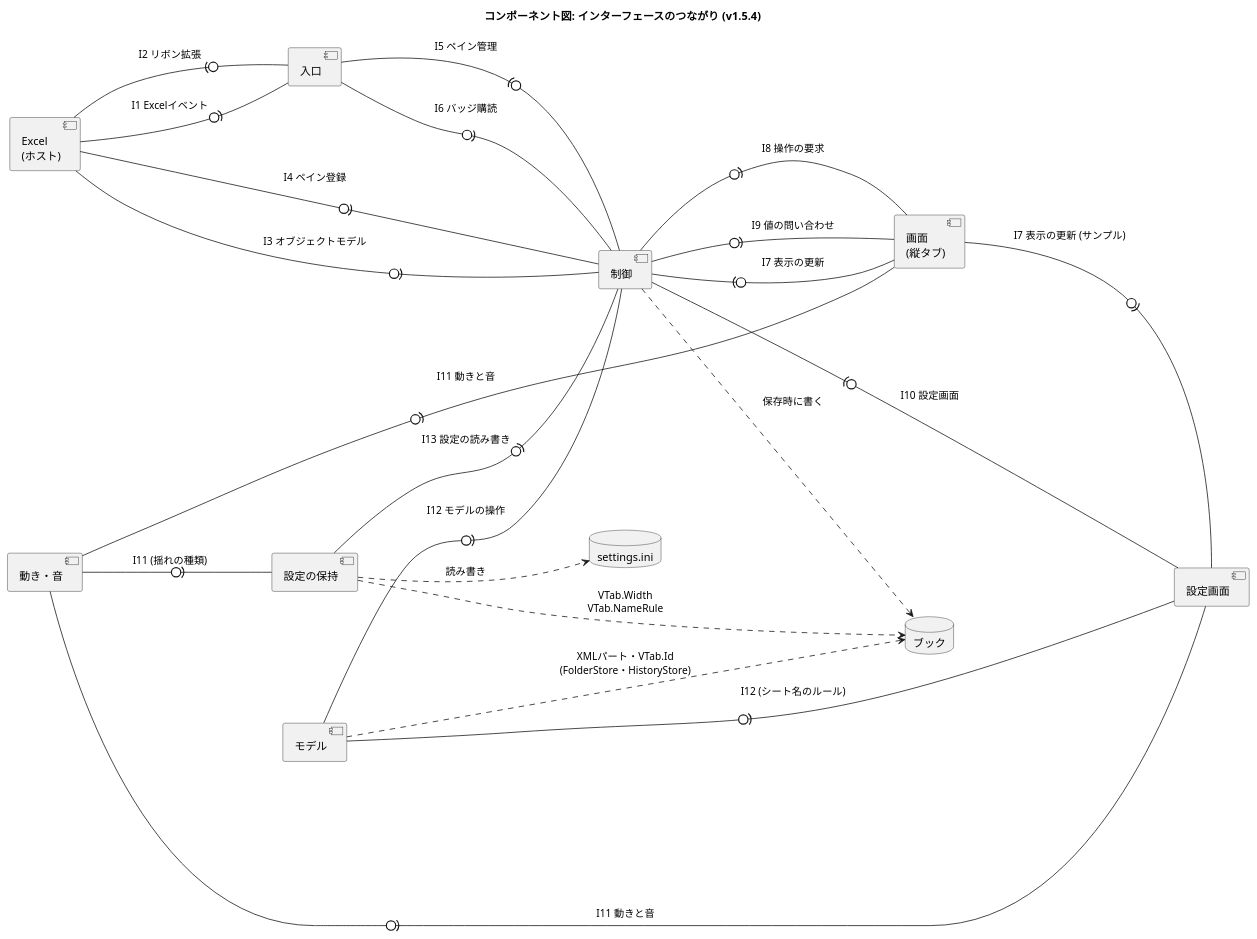
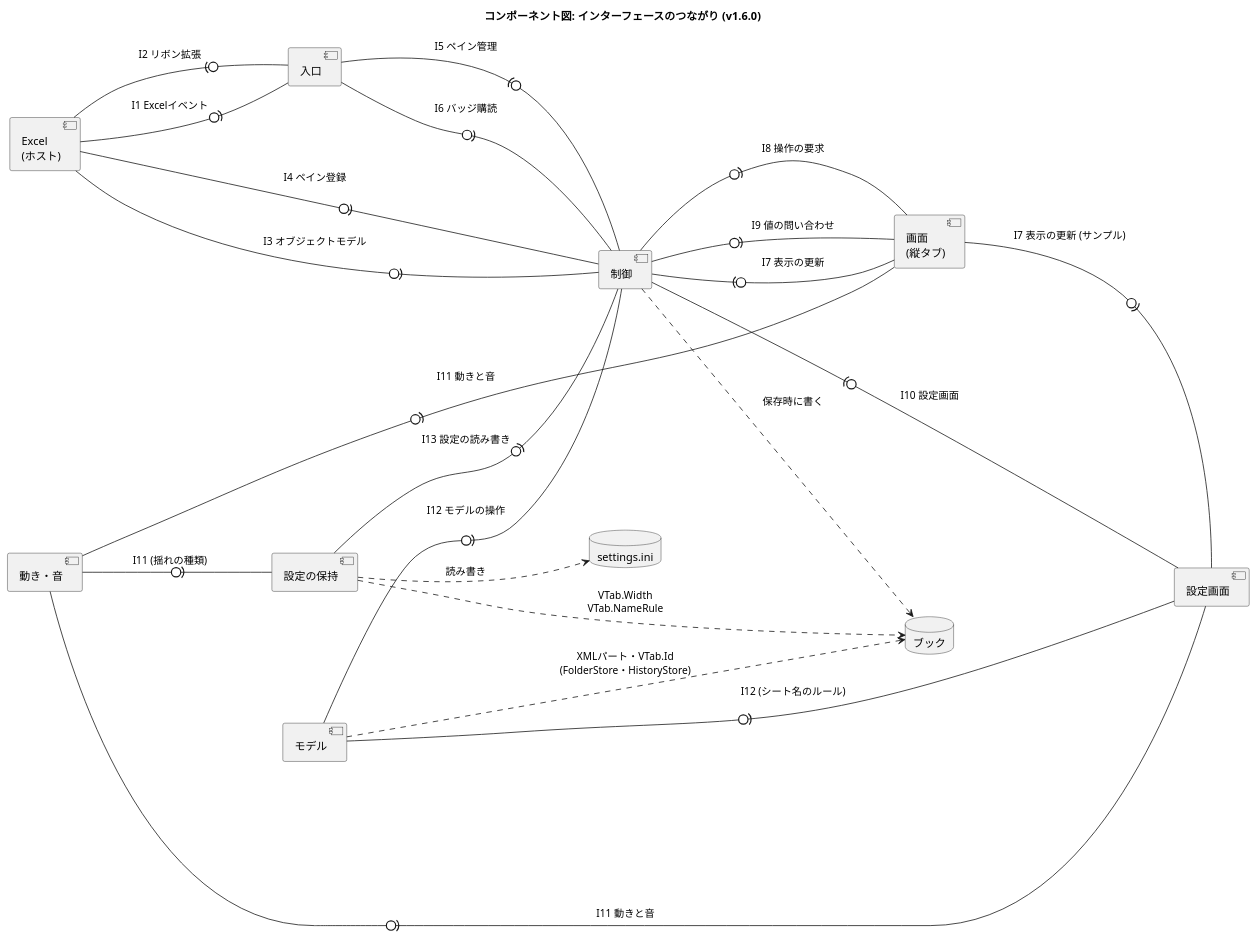
One commit to nk-taka623/VerticalSheetTabs changed the diagram in docs/component-interface.puml. Above: the diagram before and after it, drawn with PlantUML. The commit also changed 15 other files, not shown here.

Commit message:
v1.6.0 にする: 版数、README の変更点、図、設定画面の画像を更新する

```diff
--- a/docs/component-interface.puml
+++ b/docs/component-interface.puml
@@ -1,43 +1,43 @@
 @startuml
-title コンポーネント図: インターフェースのつながり (v1.5.4)
+title コンポーネント図: インターフェースのつながり (v1.6.0)
 left to right direction
 skinparam componentStyle uml2
 skinparam shadowing false
 skinparam nodesep 50
 skinparam ranksep 110
 
 component "Excel\n(ホスト)" as HOST
 component "入口" as ENTRY
 component "制御" as CTRL
 component "画面\n(縦タブ)" as VIEW
 component "設定画面" as SETTINGS
 component "動き・音" as FX
 component "モデル" as MODEL
 component "設定の保持" as CONFIG
 database "ブック" as BOOK
 database "settings.ini" as INI
 
 ' 「提供側 -0)- 利用側」: 丸が提供するインターフェース、受け口が利用 (I1 から I13 は、DEVELOPMENT.md の表)
 HOST -0)- ENTRY : I1 Excelイベント
 ENTRY -0)- HOST : I2 リボン拡張
 HOST -0)- CTRL : I3 オブジェクトモデル
 HOST -0)- CTRL : I4 ペイン登録
 CTRL -0)- ENTRY : I5 ペイン管理
 ENTRY -0)- CTRL : I6 バッジ購読
 VIEW -0)- CTRL : I7 表示の更新
 CTRL -0)- VIEW : I8 操作の要求
 CTRL -0)- VIEW : I9 値の問い合わせ
 SETTINGS -0)- CTRL : I10 設定画面
 VIEW -0)- SETTINGS : I7 表示の更新 (サンプル)
 FX -0)- VIEW : I11 動きと音
 FX -0)- SETTINGS : I11 動きと音
 FX -0)- CONFIG : I11 (揺れの種類)
 MODEL -0)- CTRL : I12 モデルの操作
 MODEL -0)- SETTINGS : I12 (シート名のルール)
 CONFIG -0)- CTRL : I13 設定の読み書き
 
 CTRL ..> BOOK : 保存時に書く
 MODEL ..> BOOK : XMLパート・VTab.Id\n(FolderStore・HistoryStore)
 CONFIG ..> BOOK : VTab.Width\nVTab.NameRule
 CONFIG ..> INI : 読み書き
 @enduml
```
